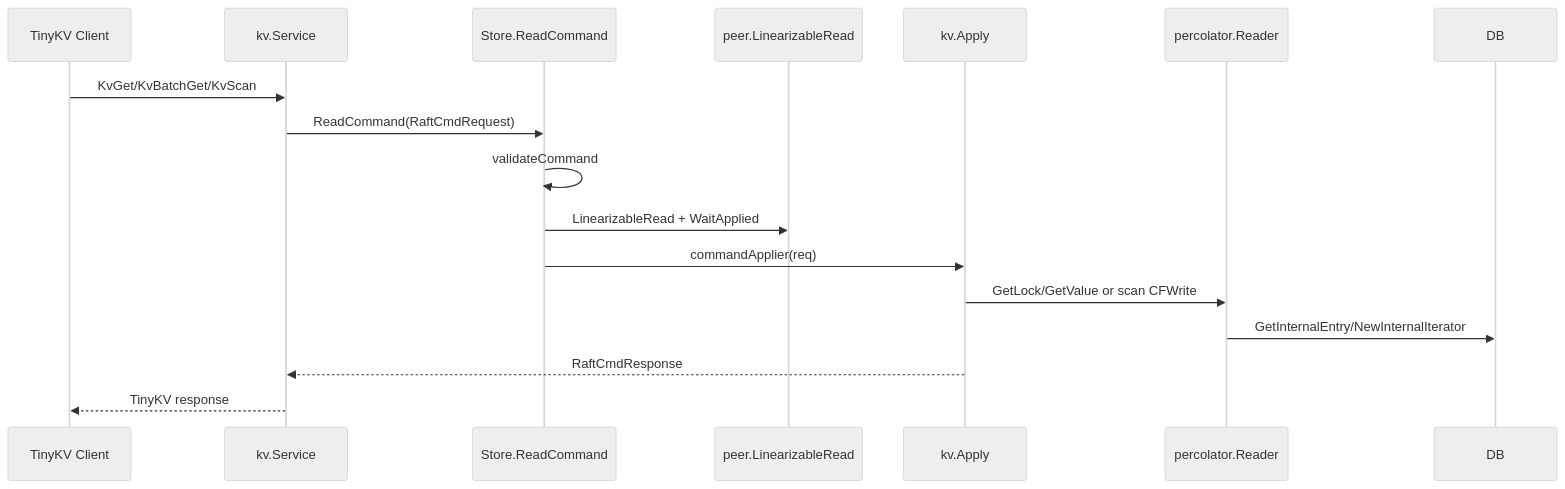
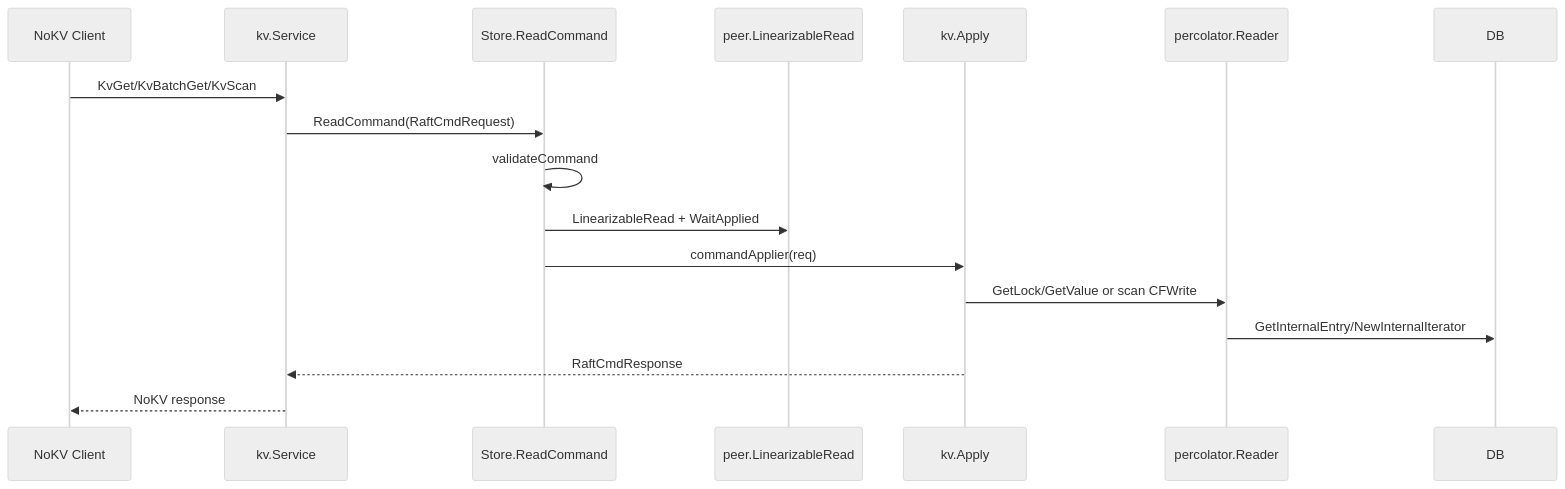
Before and after one commit to feichai0017/NoKV: the fourth of 5 diagrams in docs/runtime.md, drawn with Mermaid (neutral theme). The commit also changed other lines of this file and 29 other files, not shown here.

````diff
--- a/docs/runtime.md
+++ b/docs/runtime.md
@@ -154,19 +154,19 @@
 ```mermaid
 sequenceDiagram
-    participant C as TinyKV Client
+    participant C as NoKV Client
     participant SVC as kv.Service
     participant ST as Store.ReadCommand
     participant P as peer.LinearizableRead
     participant AP as kv.Apply
     participant R as percolator.Reader
     participant DB as DB
     C->>SVC: KvGet/KvBatchGet/KvScan
     SVC->>ST: ReadCommand(RaftCmdRequest)
     ST->>ST: validateCommand
     ST->>P: LinearizableRead + WaitApplied
     ST->>AP: commandApplier(req)
     AP->>R: GetLock/GetValue or scan CFWrite
     R->>DB: GetInternalEntry/NewInternalIterator
     AP-->>SVC: RaftCmdResponse
-    SVC-->>C: TinyKV response
+    SVC-->>C: NoKV response
 ```
````
